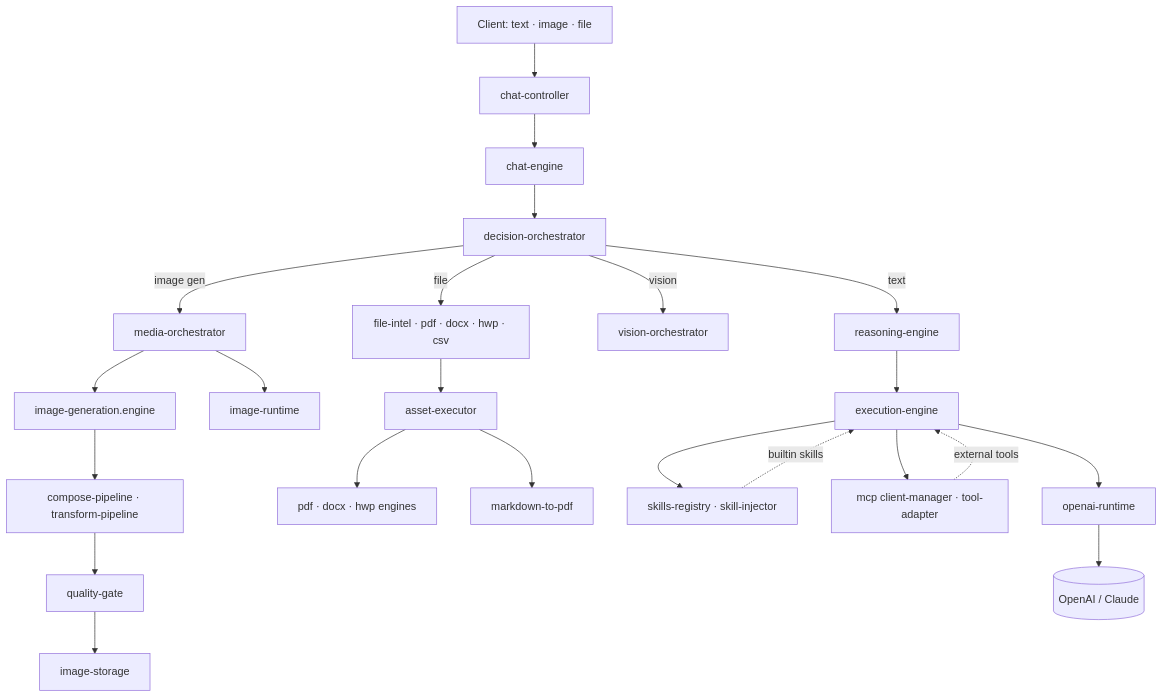
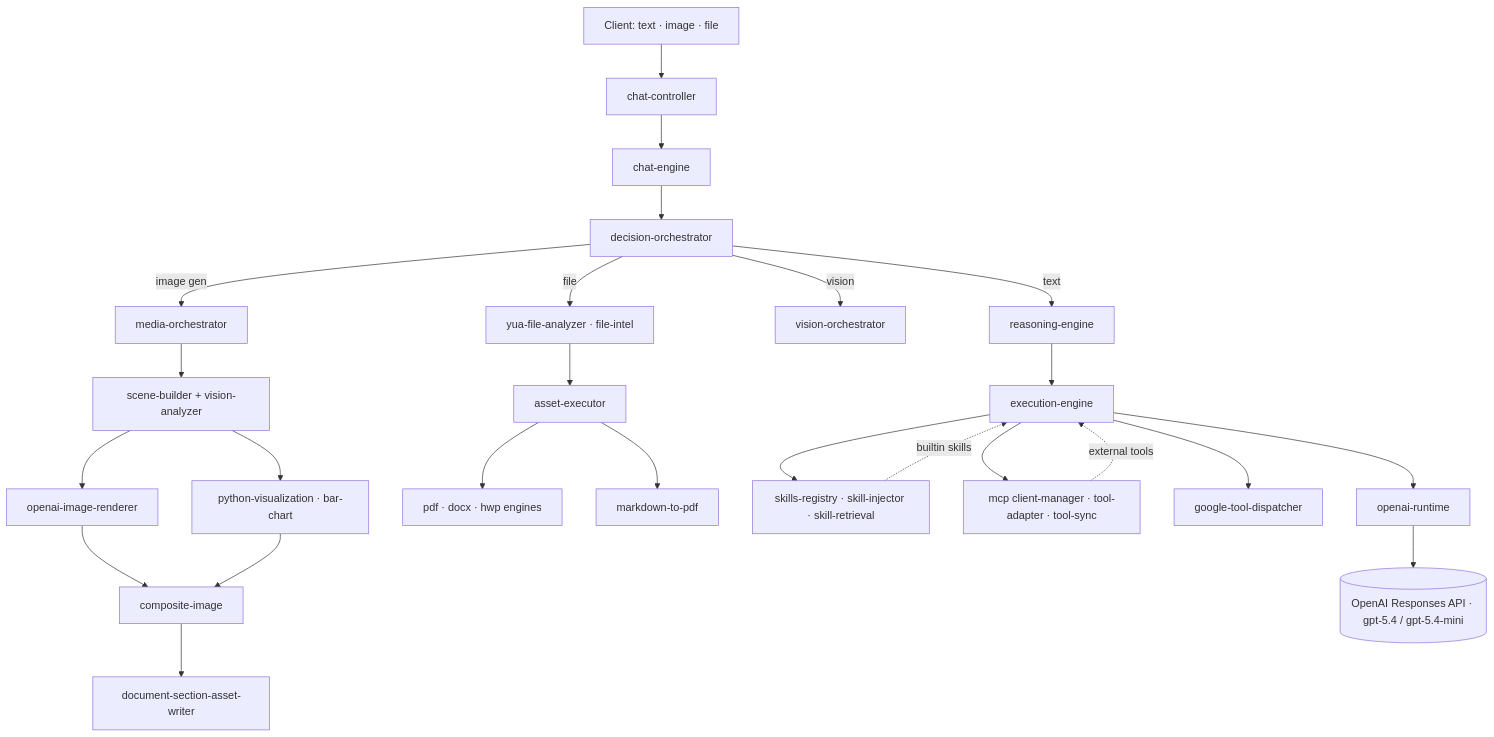
The second of 2 diagrams in README.md (yuaone/yua-backend), drawn with Mermaid before and after one commit. The commit also changed other lines of this file and 1 other file, not shown here.

````diff
--- a/README.md
+++ b/README.md
@@ -59,30 +172,32 @@
 ```mermaid
 flowchart TB
     U[Client: text · image · file] --> CC[chat-controller]
     CC --> CE[chat-engine]
     CE --> DO[decision-orchestrator]
 
     DO -->|text| RE[reasoning-engine]
     DO -->|image gen| MO[media-orchestrator]
     DO -->|vision| VO[vision-orchestrator]
-    DO -->|file| FI[file-intel · pdf · docx · hwp · csv]
+    DO -->|file| FI[yua-file-analyzer · file-intel]
 
-    MO --> IGE[image-generation.engine]
-    MO --> IRT[image-runtime]
-    IGE --> CP[compose-pipeline · transform-pipeline]
-    CP --> QG[quality-gate]
-    QG --> IS[image-storage]
+    MO --> SCN[scene-builder + vision-analyzer]
+    SCN --> RND[openai-image-renderer]
+    SCN --> PYV[python-visualization · bar-chart]
+    RND --> CMP[composite-image]
+    PYV --> CMP
+    CMP --> ASW[document-section-asset-writer]
 
     FI --> AEX[asset-executor]
     AEX --> DOC[pdf · docx · hwp engines]
     AEX --> MD2P[markdown-to-pdf]
 
     RE --> EE[execution-engine]
-    EE --> SK[skills-registry · skill-injector]
-    EE --> MCP[mcp client-manager · tool-adapter]
+    EE --> SK[skills-registry · skill-injector · skill-retrieval]
+    EE --> MCP[mcp client-manager · tool-adapter · tool-sync]
+    EE --> GG[google-tool-dispatcher]
     EE --> OR[openai-runtime]
 
     SK -. builtin skills .-> EE
     MCP -. external tools .-> EE
-    OR --> LLM[(OpenAI / Claude)]
+    OR --> LLM[(OpenAI Responses API · gpt-5.4 / gpt-5.4-mini)]
 ```
````
